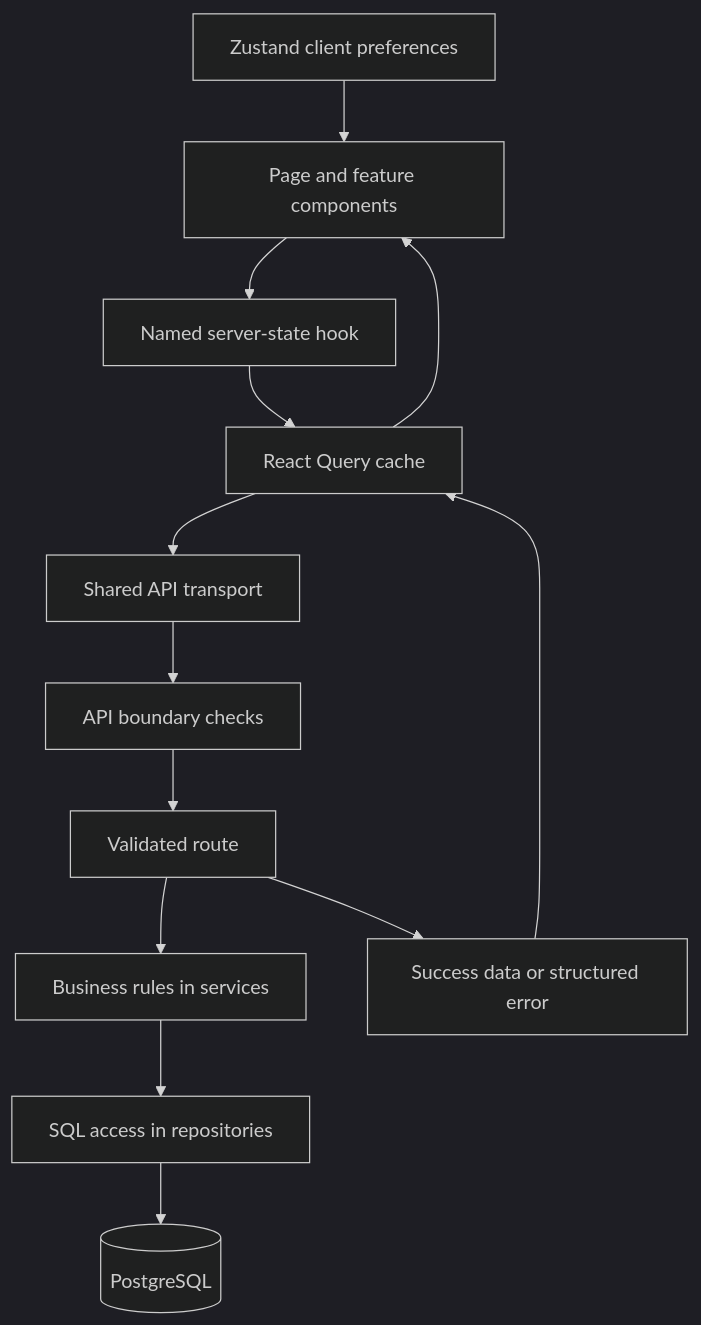
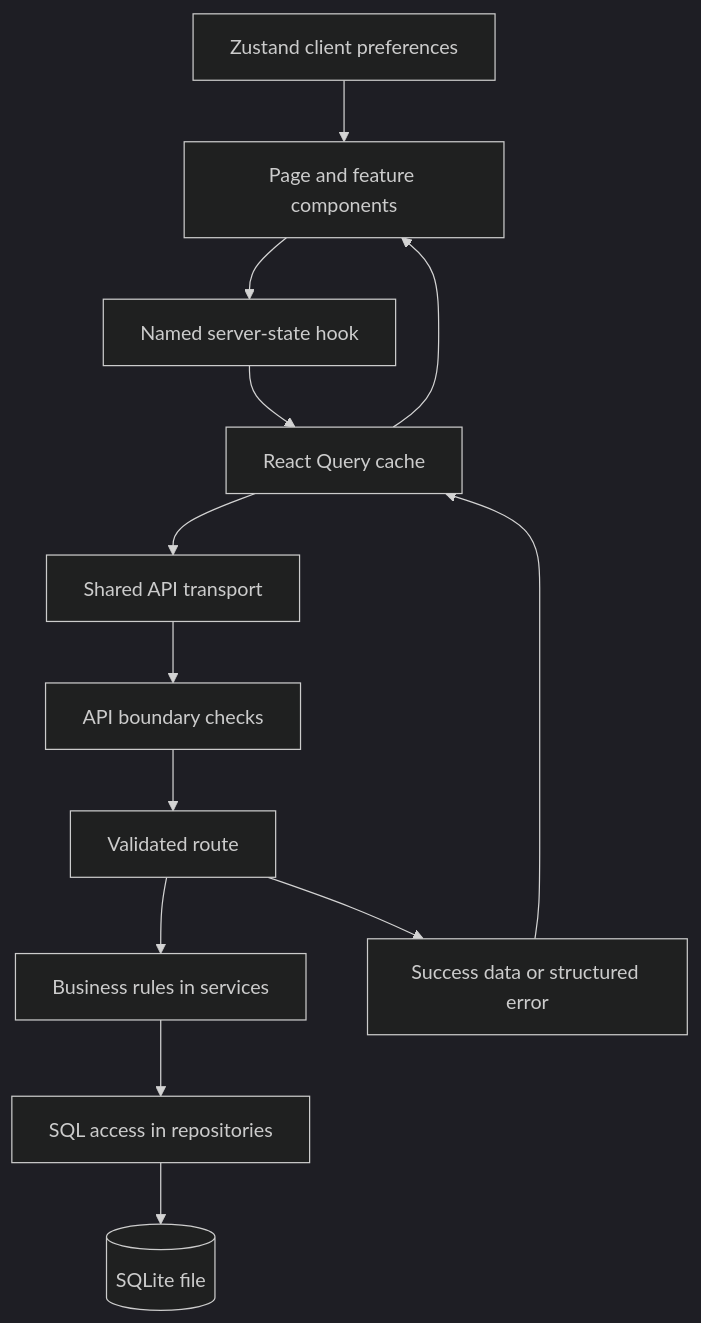
Before and after one commit to EraPartner/Vision: the first of 6 diagrams in docs/guides/visual-learning.md, drawn with Mermaid (dark theme). The commit also changed other lines of this file and 604 other files, not shown here.

First line of the commit message:
feat!: replace PostgreSQL with in-process SQLite (ADR-263) (#394)

````diff
--- a/docs/guides/visual-learning.md
+++ b/docs/guides/visual-learning.md
@@ -34,15 +34,15 @@
 ```mermaid
 flowchart TD
     Page[Page and feature components] --> Hook[Named server-state hook]
     Hook --> Query[React Query cache]
     Query --> Client[Shared API transport]
     Client --> Guard[API boundary checks]
     Guard --> Route[Validated route]
     Route --> Service[Business rules in services]
     Service --> Repo[SQL access in repositories]
-    Repo --> DB[(PostgreSQL)]
+    Repo --> DB[(SQLite file)]
     Route --> Result[Success data or structured error]
     Result --> Query
     Query --> Page
     Preferences[Zustand client preferences] --> Page
 ```
````
